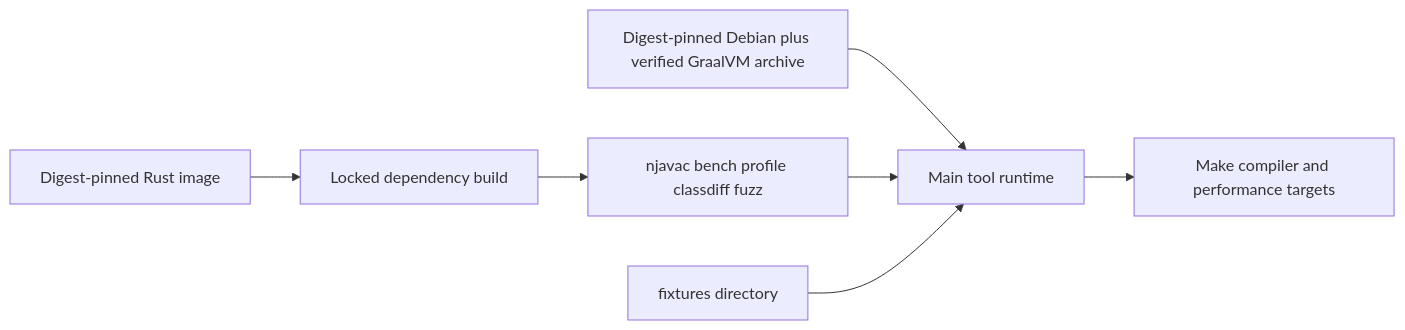
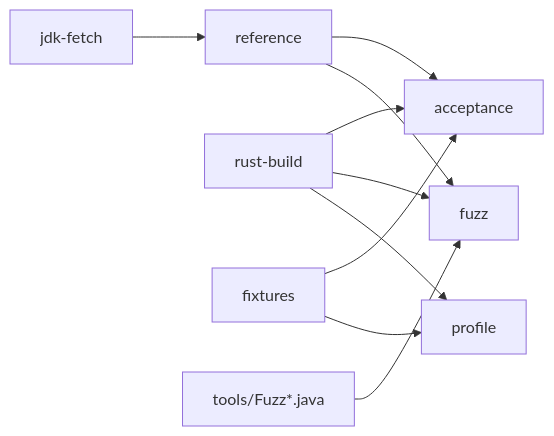
The diagram in docs/src/tooling/docker-and-ci.md (VitorNathanG/njavac), drawn with Mermaid before and after one commit. The commit also changed other lines of this file and 14 other files, not shown here.

````diff
--- a/docs/src/tooling/docker-and-ci.md
+++ b/docs/src/tooling/docker-and-ci.md
@@ -12,9 +11,12 @@
 ```mermaid
 flowchart LR
-    JDK[Digest-pinned Debian plus verified GraalVM archive] --> Runtime[Main tool runtime]
-    Rust[Digest-pinned Rust image] --> Build[Locked dependency build]
-    Build --> Binaries[njavac bench profile classdiff fuzz]
-    Binaries --> Runtime
-    Fixtures[fixtures directory] --> Runtime
-    Runtime --> Gates[Make compiler and performance targets]
+    Fetch[jdk-fetch] --> Reference[reference]
+    Rust[rust-build] --> Acceptance[acceptance]
+    Rust --> Fuzz[fuzz]
+    Rust --> Profile[profile]
+    Reference --> Acceptance
+    Reference --> Fuzz
+    Fixtures[fixtures] --> Acceptance
+    Fixtures --> Profile
+    Workers[tools/Fuzz*.java] --> Fuzz
 ```
````
